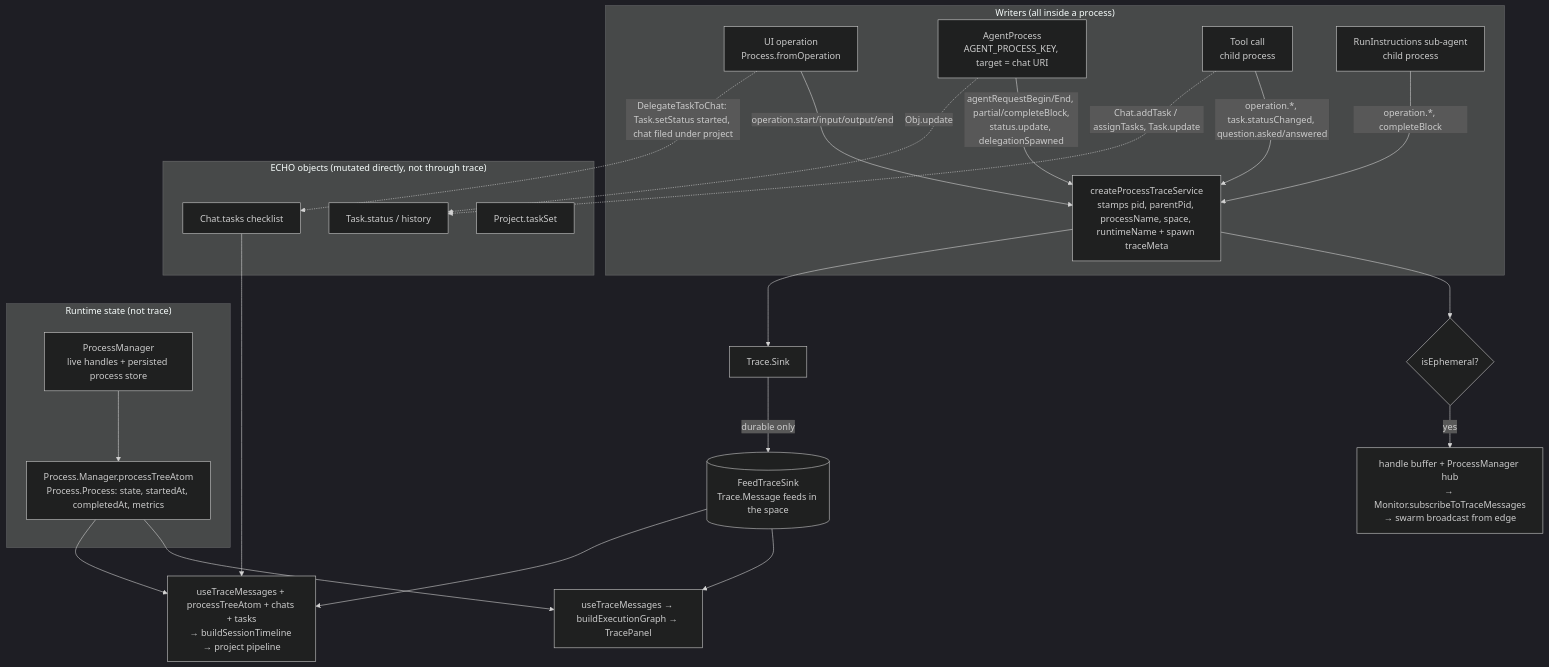
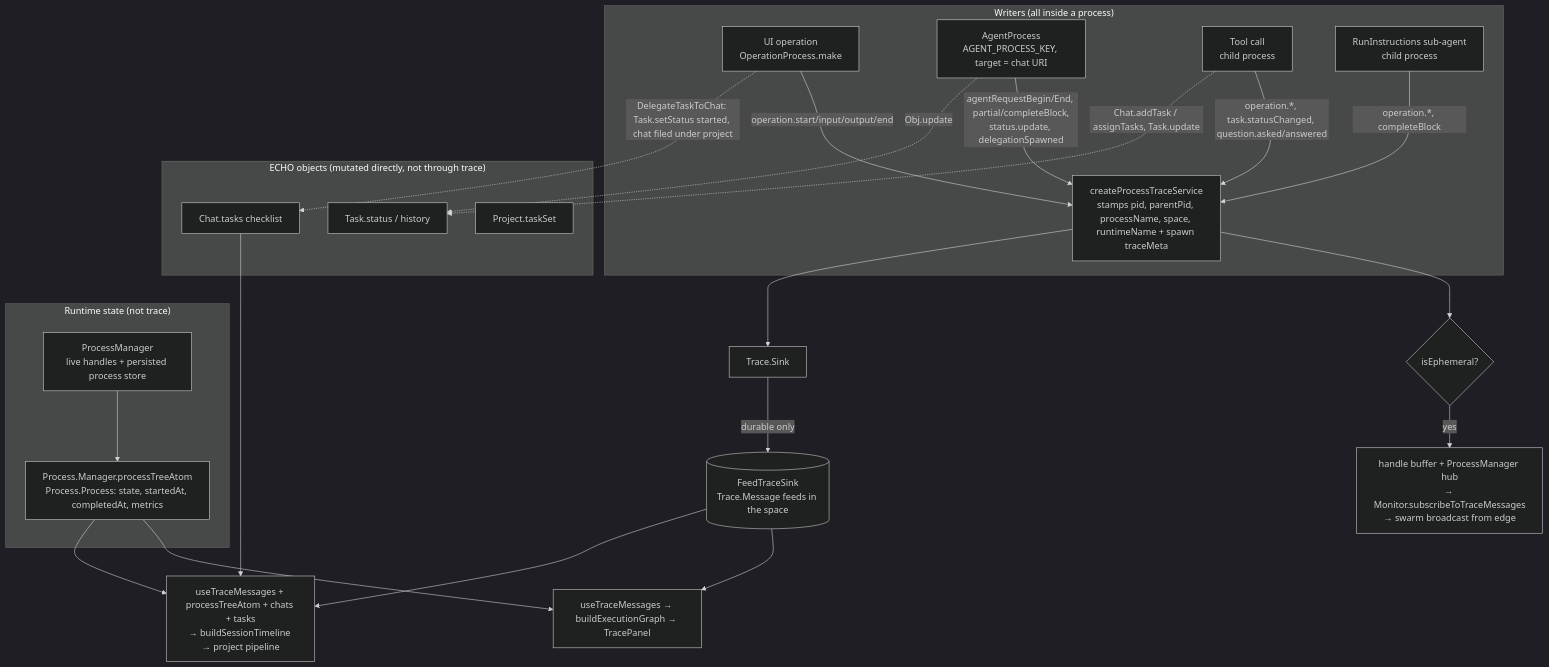
The third of 9 diagrams in packages/plugins/plugin-assistant/docs/ACTIVITY.md (dxos/dxos), drawn with Mermaid (dark theme) before and after one commit. The commit also changed other lines of this file and 16 other files, not shown here.

First line of the commit message:
compute: Process.spawn takes a durable operation; move fromOperation to compute-runtime

````diff
--- a/packages/plugins/plugin-assistant/docs/ACTIVITY.md
+++ b/packages/plugins/plugin-assistant/docs/ACTIVITY.md
@@ -171,29 +171,29 @@
 ```mermaid
 flowchart TB
   subgraph writers["Writers (all inside a process)"]
-    UI[UI operation<br/>Process.fromOperation] -->|operation.start/input/output/end| TS
+    UI[UI operation<br/>OperationProcess.make] -->|operation.start/input/output/end| TS
     AG["AgentProcess<br/>AGENT_PROCESS_KEY, target = chat URI"] -->|"agentRequestBegin/End, partial/completeBlock,<br/>status.update, delegationSpawned"| TS
     TOOL[Tool call<br/>child process] -->|"operation.*, task.statusChanged, question.asked/answered"| TS
     SUB[RunInstructions sub-agent<br/>child process] -->|"operation.*, completeBlock"| TS
   end
   TS["createProcessTraceService<br/>stamps pid, parentPid, processName, space, runtimeName + spawn traceMeta"] --> EPH
   TS --> SINK
   EPH{isEphemeral?} -->|yes| HUB["handle buffer + ProcessManager hub<br/>→ Monitor.subscribeToTraceMessages<br/>→ swarm broadcast from edge"]
   SINK[Trace.Sink] -->|durable only| FEED[("FeedTraceSink<br/>Trace.Message feeds in the space")]
   subgraph state["Runtime state (not trace)"]
     PM["ProcessManager<br/>live handles + persisted process store"] --> MON["Process.Manager.processTreeAtom<br/>Process.Process: state, startedAt, completedAt, metrics"]
   end
   subgraph objects["ECHO objects (mutated directly, not through trace)"]
     CHAT[Chat.tasks checklist]
     TASK[Task.status / history]
     PROJ[Project.taskSet]
   end
   AG -.->|Obj.update| TASK
   TOOL -.->|"Chat.addTask / assignTasks, Task.update"| TASK
   UI -.->|"DelegateTaskToChat: Task.setStatus started, chat filed under project"| CHAT
   FEED --> R1[useTraceMessages → buildExecutionGraph → TracePanel]
   FEED --> R2["useTraceMessages + processTreeAtom + chats + tasks<br/>→ buildSessionTimeline → project pipeline"]
   MON --> R1
   MON --> R2
   CHAT --> R2
 ```
````
